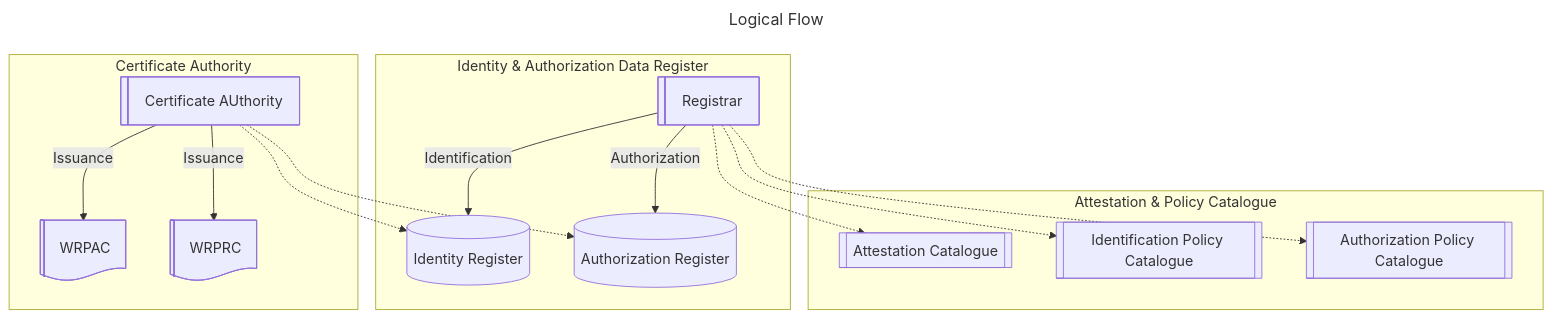
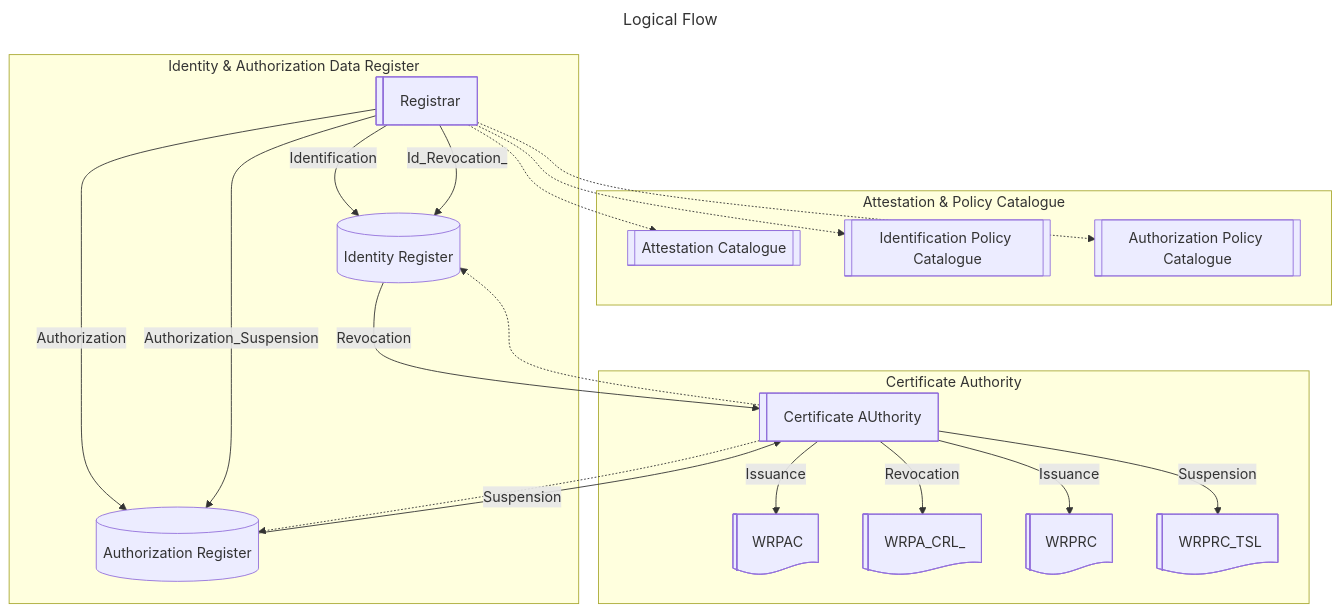
One commit to APTITUDE-Consortium/wp2-trust-specifications changed the second of 3 diagrams in topics/trust-management-process.md. Above: the diagram before and after it, drawn with Mermaid. The commit also changed other lines of this file, not shown here.

````diff
--- a/topics/trust-management-process.md
+++ b/topics/trust-management-process.md
@@ -57,34 +57,42 @@
 ```mermaid graph
 ---
 title: Logical Flow
 ---
 flowchart TD 
 subgraph Cred_Def["Attestation & Policy Catalogue"]
         Cred[["Attestation Catalogue"]]
         IDPol[["Identification Policy Catalogue"]]
         CredPol[["Authorization Policy Catalogue"]]
 end
 subgraph Register["Identity & Authorization Data Register"]
         IDReg@{shape: cyl, label: "Identity Register" }
         AuthReg@{shape: cyl, label: "Authorization Register"}
         Registrar@{shape: lin-rect, label: "Registrar" }
 end
 subgraph C_A["Certificate Authority"]
         WRPAC@{ shape: lin-doc, label: "WRPAC" }
+        WRPAC_CRL@{ shape: lin-doc, label: "WRPA_CRL_" }
         WRPRC@{ shape: lin-doc, label: "WRPRC" }
+        WRPRC_TSL@{ shape: lin-doc, label: "WRPRC_TSL" }
         CA@{shape: lin-rect, label: "Certificate AUthority" }
 end
 
     Registrar-->|Identification|IDReg
+    Registrar-->|Id_Revocation_|IDReg
     Registrar-.->IDPol
 
     Registrar-.->Cred
     Registrar-.->CredPol
     Registrar-->|Authorization|AuthReg
-
+    Registrar-->|Authorization_Suspension|AuthReg
+    AuthReg-->|Suspension|CA
+    IDReg-->|Revocation|CA
+    
     CA-.->IDReg
     CA-->|Issuance|WRPAC
+    CA-->|Revocation|WRPAC_CRL
+    CA-->|Suspension|WRPRC_TSL
     CA-.->AuthReg
     CA-->|Issuance|WRPRC
 
 ```
````
